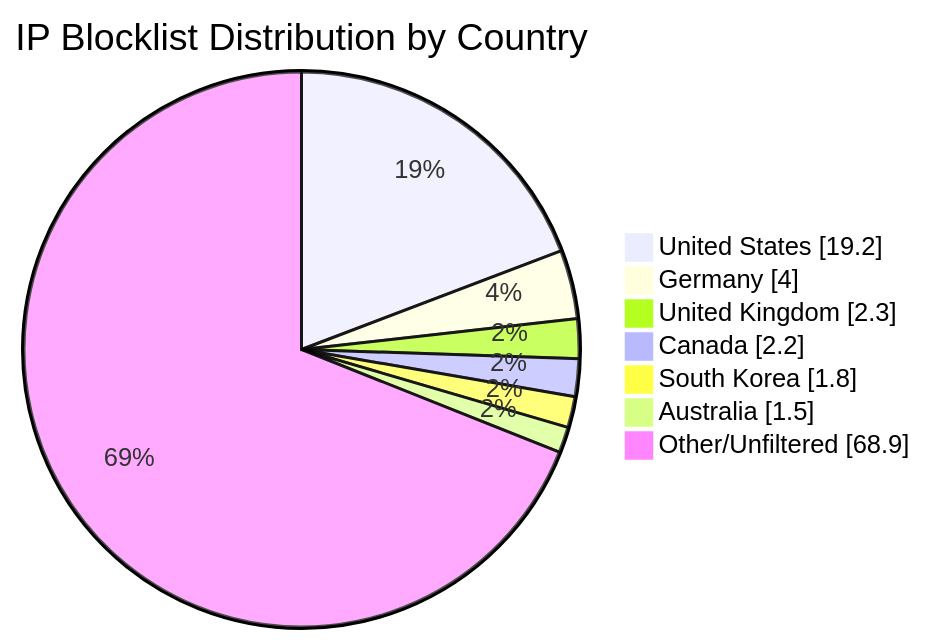
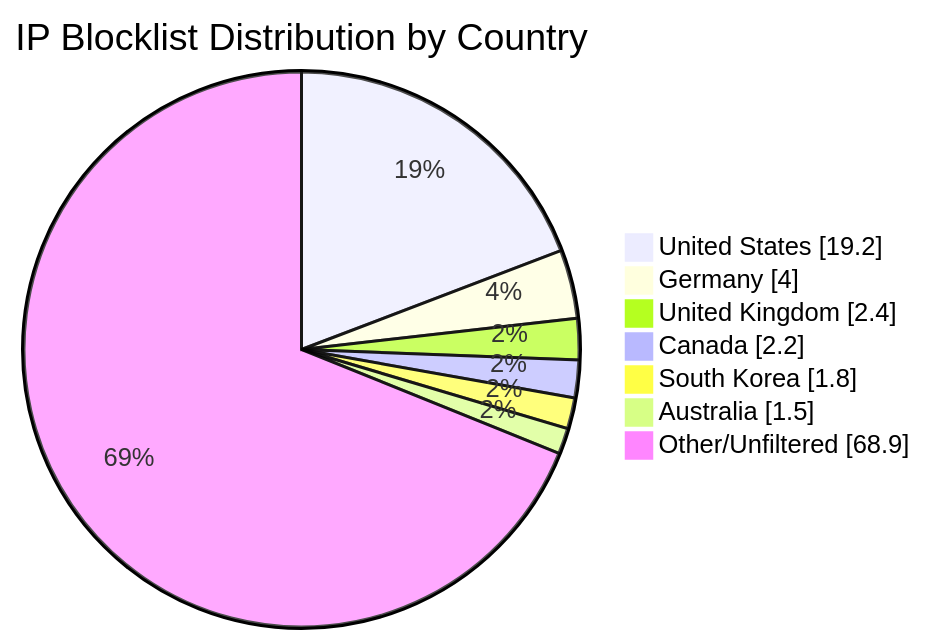
One commit to MarcusHoltz/ipblocklist-geofiltered-aggregator changed the diagram in README.md. Above: the diagram before and after it, drawn with Mermaid. The commit also changed other lines of this file and 9 other files, not shown here.

````diff
--- a/README.md
+++ b/README.md
@@ -34,10 +34,10 @@
 ```mermaid
 pie showData title IP Blocklist Distribution by Country
 "United States" : 19.2
 "Germany" : 4.0
-"United Kingdom" : 2.3
+"United Kingdom" : 2.4
 "Canada" : 2.2
 "South Korea" : 1.8
 "Australia" : 1.5
 "Other/Unfiltered" : 68.9
 ```
````
